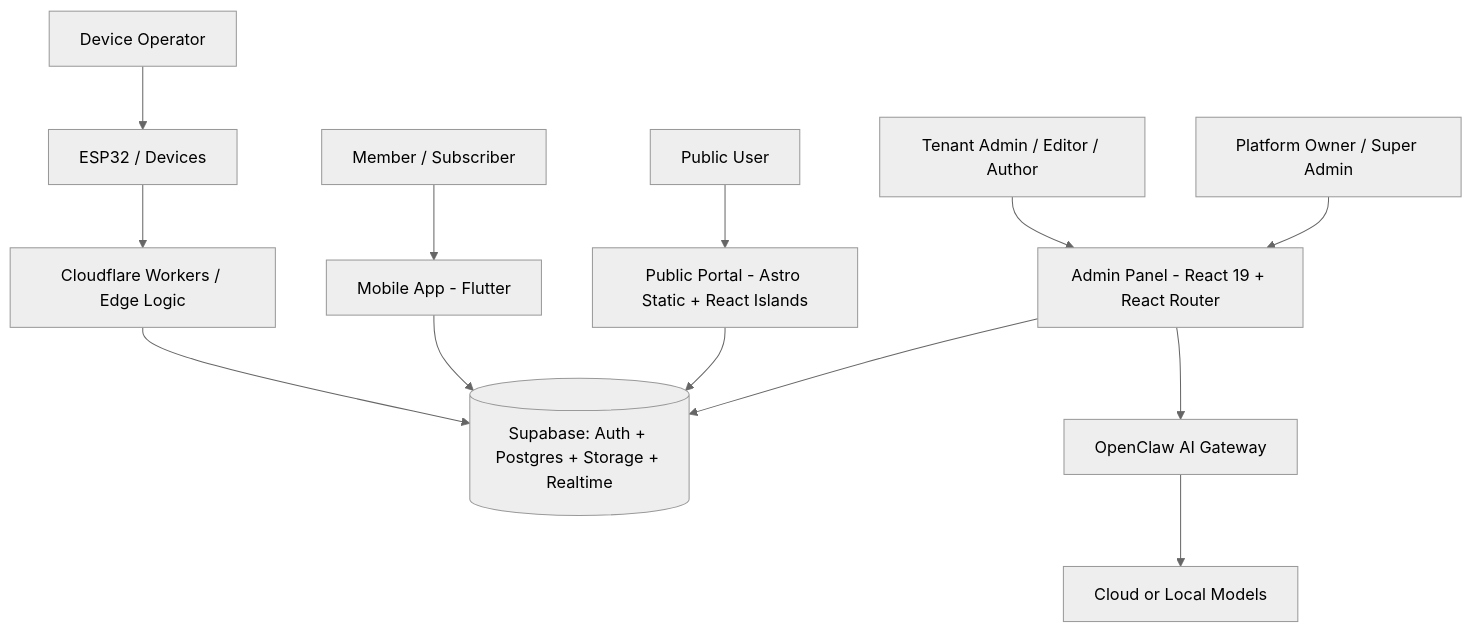
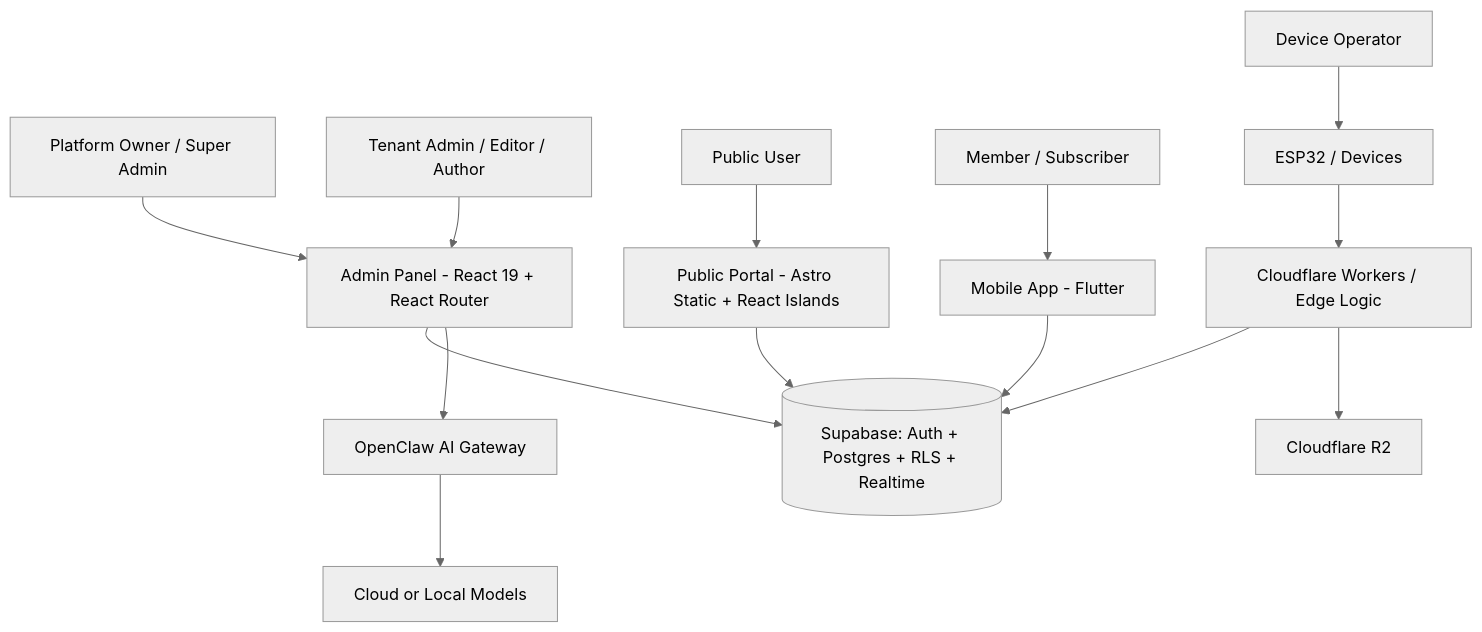
The first of 2 diagrams in docs/product/PRD.md (ahliweb/awcms), drawn with Mermaid (neutral theme) before and after one commit. The commit also changed 17 other files, not shown here.

Commit message:
docs: update architecture, product, and firmware documentation to reflect current Supabase/Cloudflare stack and migration baselines.

````diff
--- a/docs/product/PRD.md
+++ b/docs/product/PRD.md
@@ -92,17 +92,18 @@
 ```mermaid
 graph TD
     Owner[Platform Owner / Super Admin] --> Admin[Admin Panel - React 19 + React Router]
     TenantAdmin[Tenant Admin / Editor / Author] --> Admin
     Visitor[Public User] --> Public[Public Portal - Astro Static + React Islands]
     Member[Member / Subscriber] --> Mobile[Mobile App - Flutter]
     Operator[Device Operator] --> IoT[ESP32 / Devices]
 
-    Admin --> Supabase[(Supabase: Auth + Postgres + Storage + Realtime)]
+    Admin --> Supabase[(Supabase: Auth + Postgres + RLS + Realtime)]
     Public --> Supabase
     Mobile --> Supabase
     IoT --> Edge[Cloudflare Workers / Edge Logic]
     Edge --> Supabase
+    Edge --> R2[Cloudflare R2]
 
     Admin --> AI[OpenClaw AI Gateway]
     AI --> Models[Cloud or Local Models]
 ```
````
